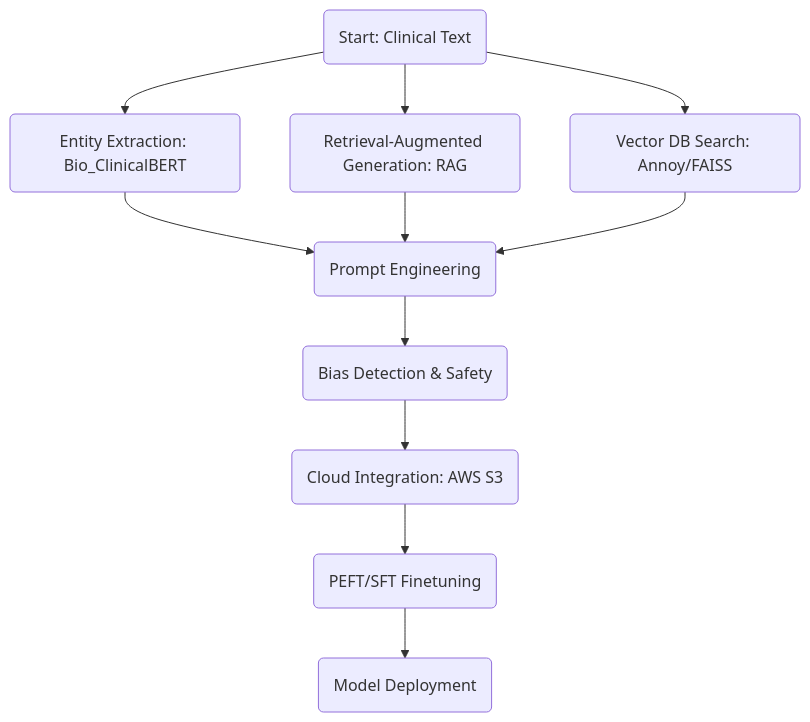
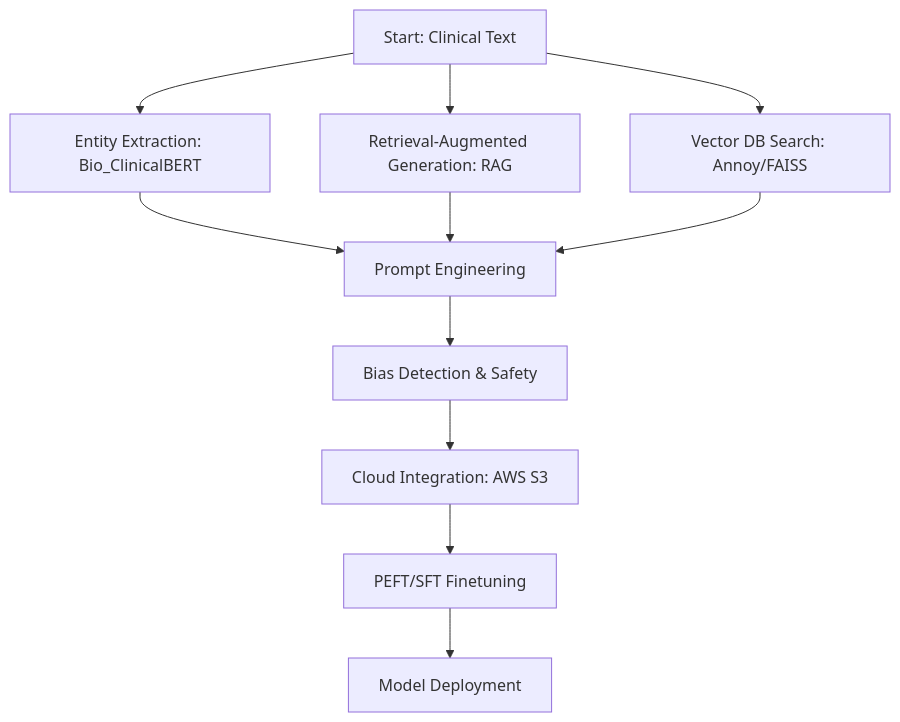
One commit to justin-mbca/clinical-nlp-portfolio changed the fourth of 4 diagrams in README.md. Above: the diagram before and after it, drawn with Mermaid.

Commit message:
Update Mermaid diagram to use graph TD and square brackets for nodes

````diff
--- a/README.md
+++ b/README.md
@@ -184,13 +184,13 @@
 ```mermaid
-flowchart TD
-	A(Start: Clinical Text) --> B(Entity Extraction: Bio_ClinicalBERT)
-	A --> C(Retrieval-Augmented Generation: RAG)
-	A --> D(Vector DB Search: Annoy/FAISS)
-	B --> E(Prompt Engineering)
+graph TD
+	A[Start: Clinical Text] --> B[Entity Extraction: Bio_ClinicalBERT]
+	A --> C[Retrieval-Augmented Generation: RAG]
+	A --> D[Vector DB Search: Annoy/FAISS]
+	B --> E[Prompt Engineering]
 	C --> E
 	D --> E
-	E --> F(Bias Detection & Safety)
-	F --> G(Cloud Integration: AWS S3)
-	G --> H(PEFT/SFT Finetuning)
-	H --> I(Model Deployment)
+	E --> F[Bias Detection & Safety]
+	F --> G[Cloud Integration: AWS S3]
+	G --> H[PEFT/SFT Finetuning]
+	H --> I[Model Deployment]
 ```
````
